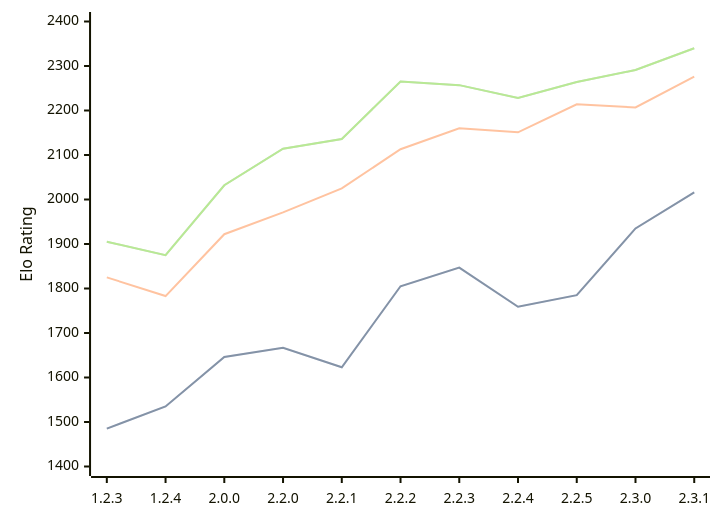
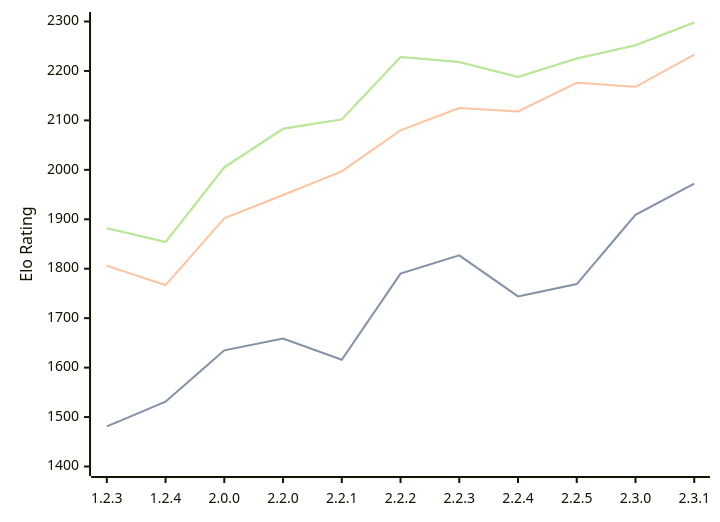
One commit to computer-chess-index/cci changed the diagram in engines/Kreveta.md. Above: the diagram before and after it, drawn with Mermaid. The commit also changed other lines of this file, not shown here.

Commit message:
Update CCI Ratings (ELO VLTC) - 2026-05-19

````diff
--- a/engines/Kreveta.md
+++ b/engines/Kreveta.md
@@ -43,11 +43,11 @@
 ```mermaid
 %%{init: {"theme":"base","themeVariables":{"seriesColors:['#a3a3a3','#222221','#faa371']}}}%%
 xychart-beta
   x-axis ["1.2.3", "1.2.4", "2.0.0", "2.2.0", "2.2.1", "2.2.2", "2.2.3", "2.2.4", "2.2.5", "2.3.0", "2.3.1"]
-  y-axis "Elo Rating" 1400 --> 2400
-  line "STC (8.0+0.08s)" [1485, 1535, 1646, 1667, 1623, 1805, 1847, 1759, 1785, 1935, 2016]
-  line "STC (8.0+0.08s)" [1485, 1535, 1646, 1667, 1623, 1805, 1847, 1759, 1785, 1935, 2016]
-  line "LTC (60.0+0.60s)" [1825, 1783, 1922, 1971, 2025, 2113, 2160, 2151, 2214, 2207, 2276]
-  line "VLTC (2m24s+1.12s)" [1905, 1875, 2032, 2114, 2136, 2265, 2257, 2228, 2264, 2291, 2340]
-  line "VLTC (2m24s+1.12s)" [1905, 1875, 2032, 2114, 2136, 2265, 2257, 2228, 2264, 2291, 2340]
+  y-axis "Elo Rating" 1400 --> 2300
+  line "STC (8.0+0.08s)" [1481, 1531, 1635, 1659, 1616, 1790, 1827, 1744, 1769, 1909, 1972]
+  line "STC (8.0+0.08s)" [1481, 1531, 1635, 1659, 1616, 1790, 1827, 1744, 1769, 1909, 1972]
+  line "LTC (60.0+0.60s)" [1806, 1767, 1902, 1949, 1997, 2080, 2125, 2118, 2176, 2168, 2233]
+  line "VLTC (2m24s+1.12s)" [1882, 1854, 2005, 2083, 2102, 2228, 2218, 2188, 2225, 2252, 2298]
+  line "VLTC (2m24s+1.12s)" [1882, 1854, 2005, 2083, 2102, 2228, 2218, 2188, 2225, 2252, 2298]
 ```
````
